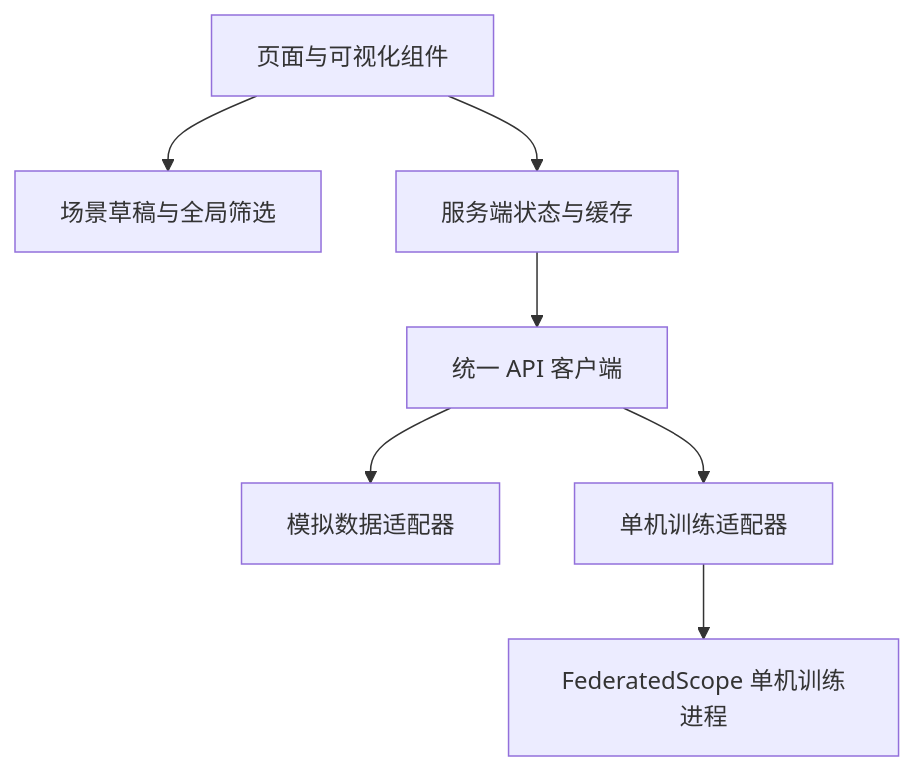
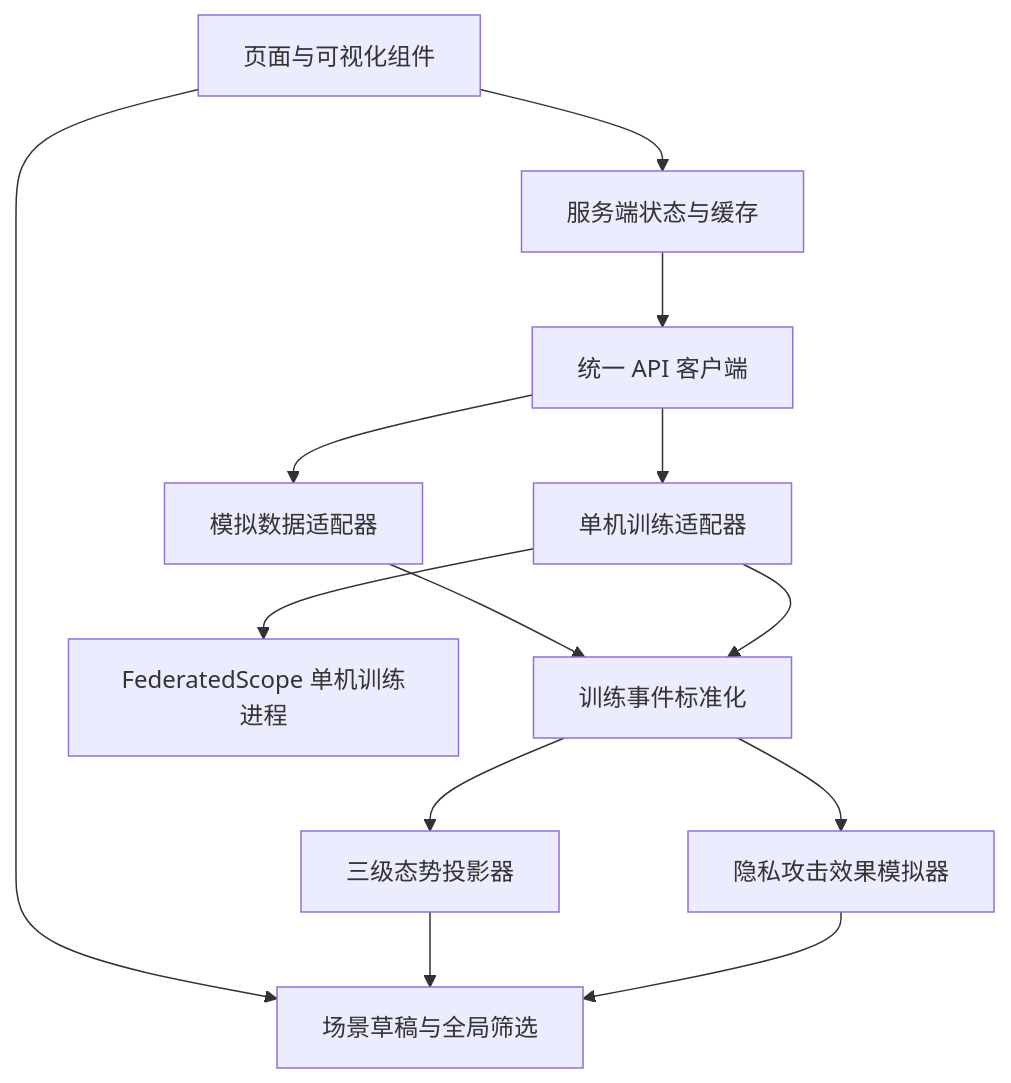
Before and after one commit to bo-wang-bob/FederatedScope: the fourth of 4 diagrams in frontend/FRONTEND_DESIGN.md, drawn with Mermaid. The commit also changed other lines of this file, not shown here.

````diff
--- a/frontend/FRONTEND_DESIGN.md
+++ b/frontend/FRONTEND_DESIGN.md
@@ -331,17 +540,26 @@
 ```mermaid
 flowchart TB
     UI[页面与可视化组件]
     STORE[场景草稿与全局筛选]
     QUERY[服务端状态与缓存]
     API[统一 API 客户端]
     MOCK[模拟数据适配器]
     LIVE[单机训练适配器]
+    NORMALIZER[训练事件标准化]
+    PROJECTOR[三级态势投影器]
+    PRIVACY[隐私攻击效果模拟器]
     ENGINE[FederatedScope 单机训练进程]
 
     UI --> STORE
     UI --> QUERY
     QUERY --> API
     API --> MOCK
     API --> LIVE
     LIVE --> ENGINE
+    MOCK --> NORMALIZER
+    LIVE --> NORMALIZER
+    NORMALIZER --> PROJECTOR
+    NORMALIZER --> PRIVACY
+    PROJECTOR --> STORE
+    PRIVACY --> STORE
 ```
````
